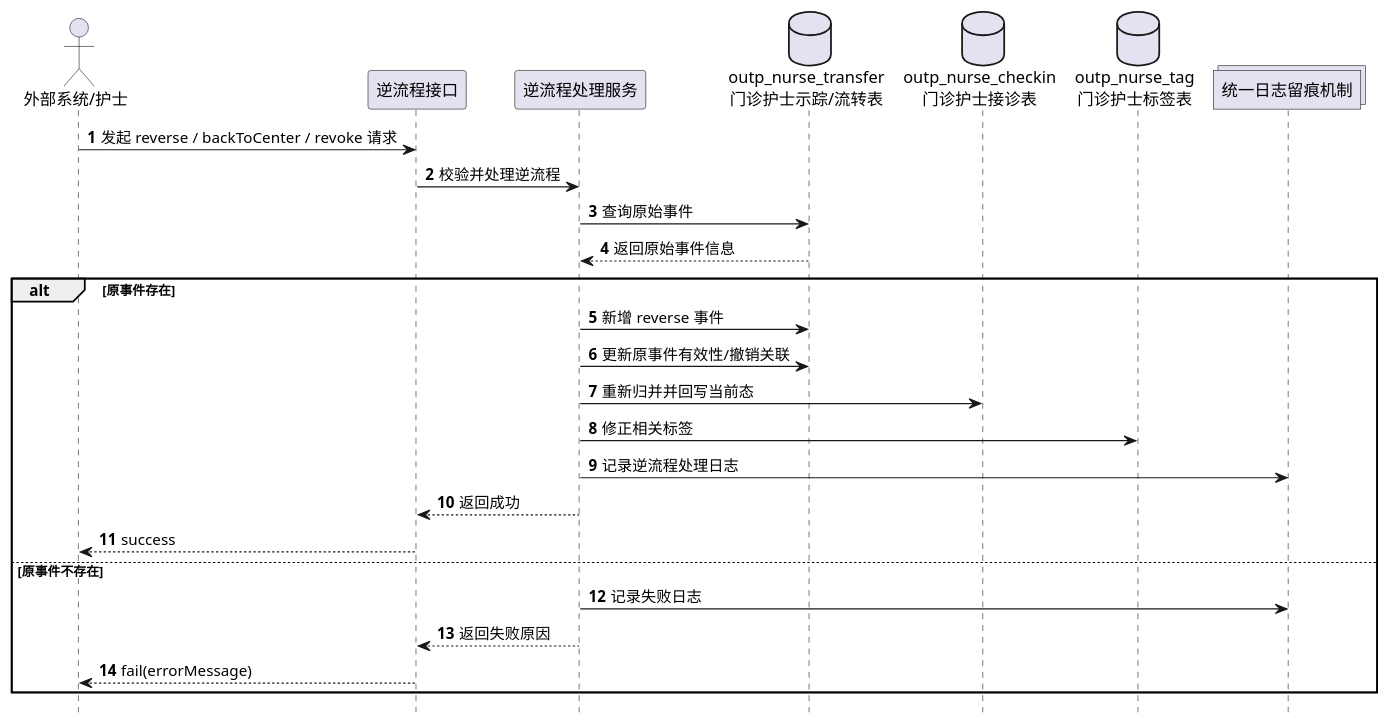
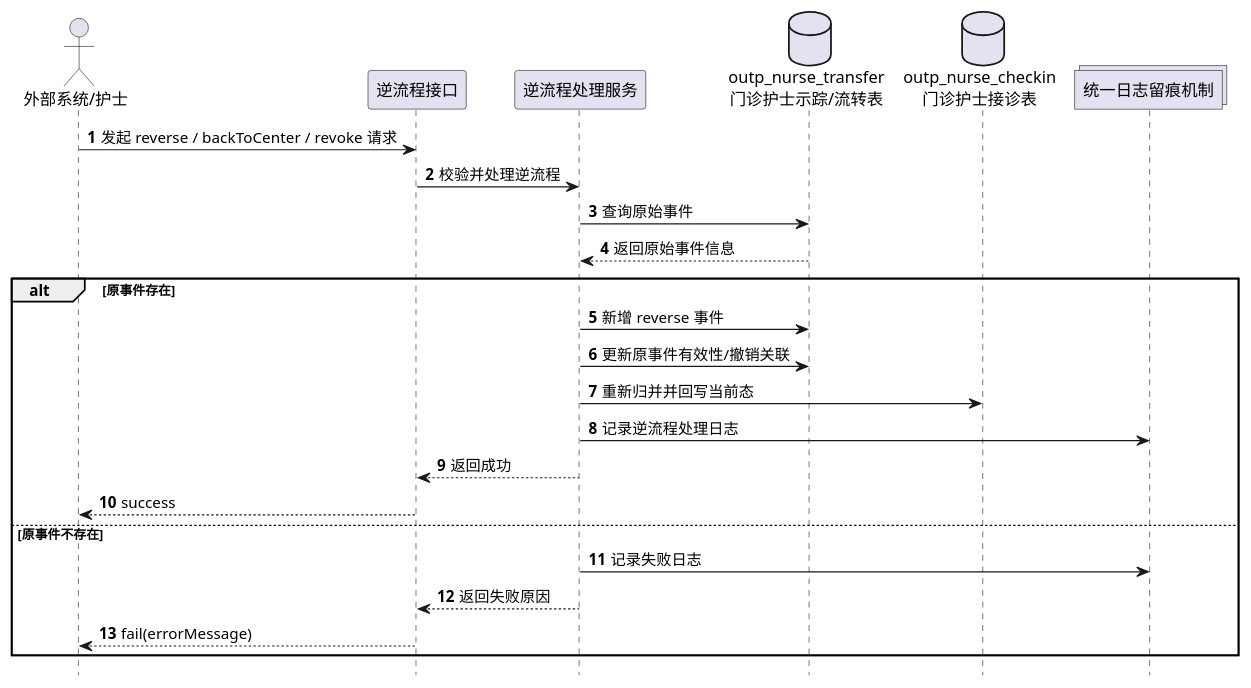
Before and after one commit to tito126/dev-workflow-engine: the sixth of 7 diagrams in work-system/deliverables/outpatient-nurse-station/4.2.4.6-时序图-PlantUML-标签接口调整版.md, drawn with PlantUML. The commit also changed other lines of this file and 1 other file, not shown here.

Commit message:
refine outpatient nurse tag diagrams

````diff
--- a/work-system/deliverables/outpatient-nurse-station/4.2.4.6-时序图-PlantUML-标签接口调整版.md
+++ b/work-system/deliverables/outpatient-nurse-station/4.2.4.6-时序图-PlantUML-标签接口调整版.md
@@ -243,33 +229,31 @@
 ```plantuml
 @startuml
 hide footbox
 
 autonumber
 
 actor "外部系统/护士" as Caller
 participant "逆流程接口" as ReverseApi
 participant "逆流程处理服务" as ReverseService
 database "outp_nurse_transfer\n门诊护士示踪/流转表" as Transfer
 database "outp_nurse_checkin\n门诊护士接诊表" as Checkin
-database "outp_nurse_tag\n门诊护士标签表" as Tag
 collections "统一日志留痕机制" as OpLog
 
 Caller -> ReverseApi: 发起 reverse / backToCenter / revoke 请求
 ReverseApi -> ReverseService: 校验并处理逆流程
 ReverseService -> Transfer: 查询原始事件
 Transfer --> ReverseService: 返回原始事件信息
 alt 原事件存在
     ReverseService -> Transfer: 新增 reverse 事件
     ReverseService -> Transfer: 更新原事件有效性/撤销关联
     ReverseService -> Checkin: 重新归并并回写当前态
-    ReverseService -> Tag: 修正相关标签
     ReverseService -> OpLog: 记录逆流程处理日志
     ReverseService --> ReverseApi: 返回成功
     ReverseApi --> Caller: success
 else 原事件不存在
     ReverseService -> OpLog: 记录失败日志
     ReverseService --> ReverseApi: 返回失败原因
     ReverseApi --> Caller: fail(errorMessage)
 end
 @enduml
 ```
````
